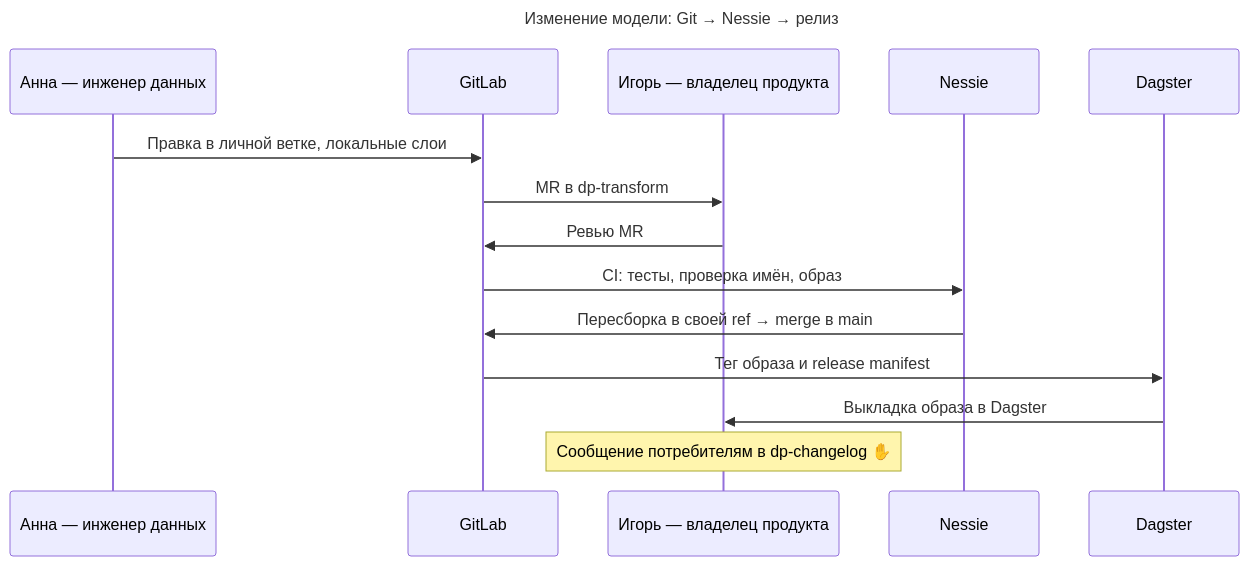
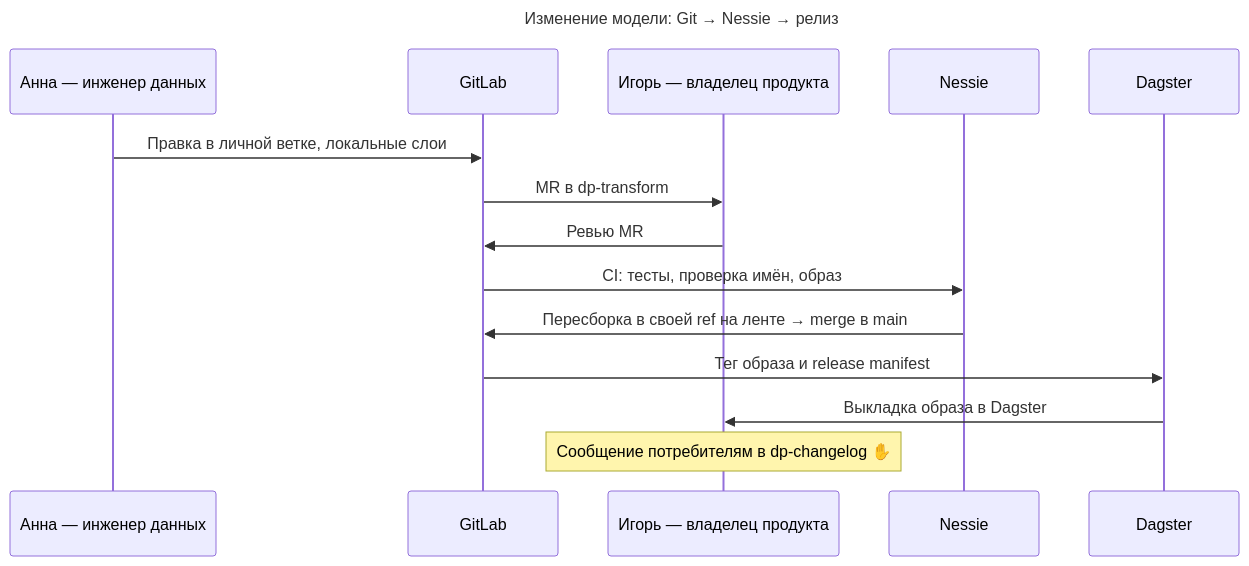
The fourth of 4 diagrams in docs/model.md (em-art/Data-City), drawn with Mermaid before and after one commit. The commit also changed other lines of this file and 26 other files, not shown here.

````diff
--- a/docs/model.md
+++ b/docs/model.md
@@ -119,17 +120,17 @@
 ```mermaid
 sequenceDiagram
   title Изменение модели: Git → Nessie → релиз
   participant emp_data_engineer as Анна — инженер данных
   participant sys_gitlab as GitLab
   participant emp_product_owner as Игорь — владелец продукта
   participant sys_nessie as Nessie
   participant sys_dagster as Dagster
   emp_data_engineer->>sys_gitlab: Правка в личной ветке, локальные слои
   sys_gitlab->>emp_product_owner: MR в dp-transform
   emp_product_owner->>sys_gitlab: Ревью MR
   sys_gitlab->>sys_nessie: CI: тесты, проверка имён, образ
-  sys_nessie->>sys_gitlab: Пересборка в своей ref → merge в main
+  sys_nessie->>sys_gitlab: Пересборка в своей ref на ленте → merge в main
   sys_gitlab->>sys_dagster: Тег образа и release manifest
   sys_dagster->>emp_product_owner: Выкладка образа в Dagster
   Note over emp_product_owner: Сообщение потребителям в dp-changelog ✋
 ```
````
